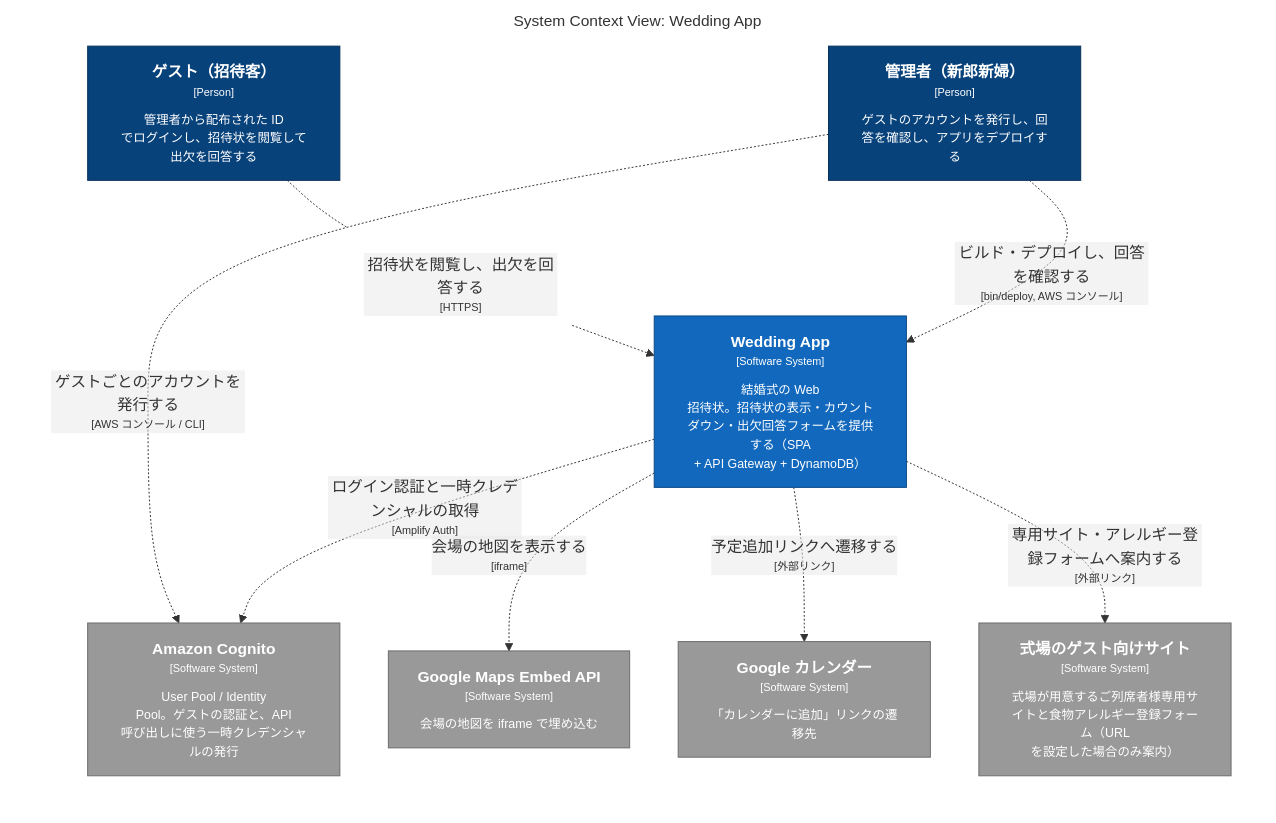
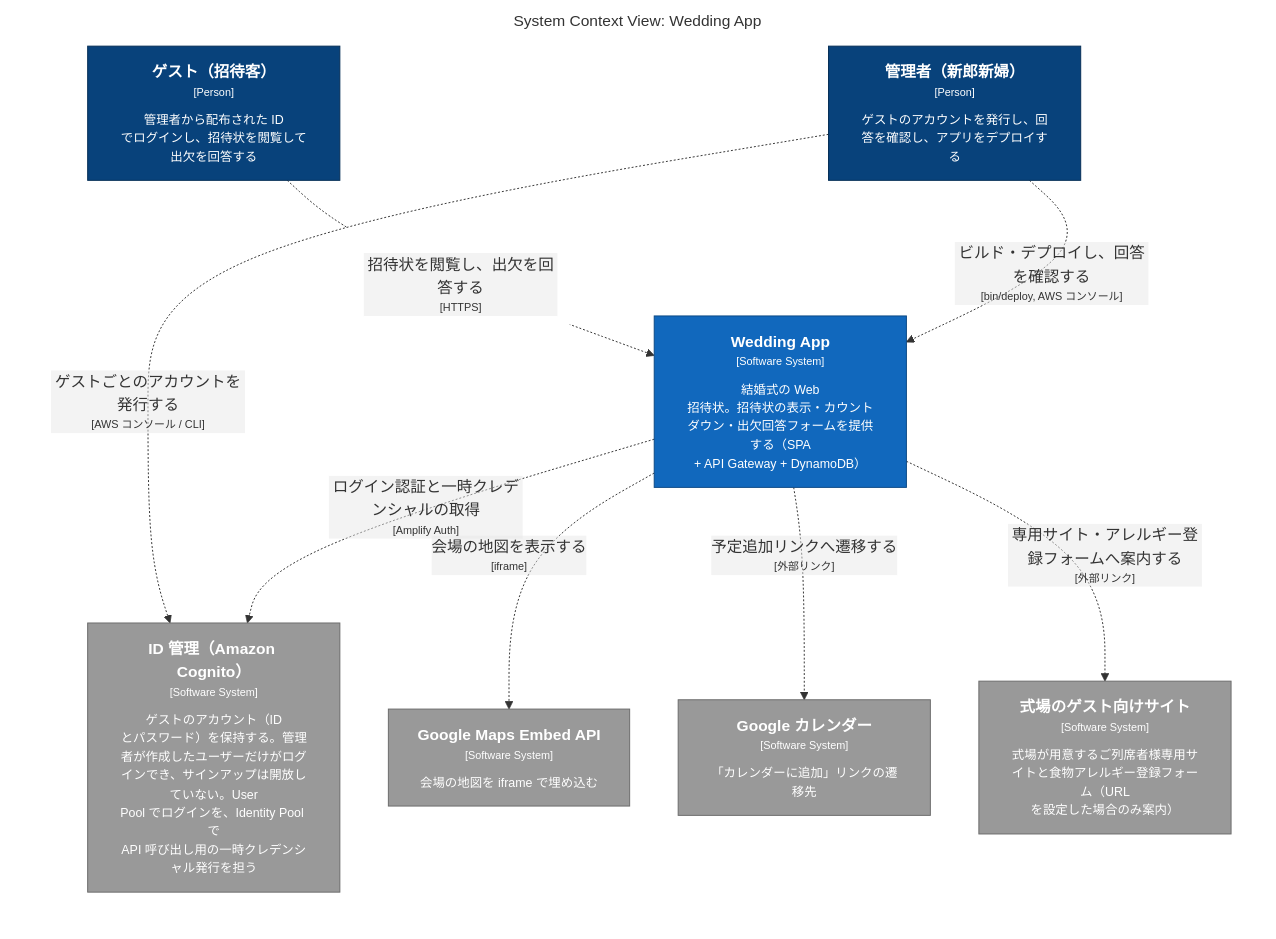
One commit to Yuchan4342/wedding-app changed the diagram in docs/architecture/structurizr-SystemContext.mmd. Above: the diagram before and after it, drawn with Mermaid. The commit also changed 3 other files, not shown here.

First line of the commit message:
Cognito の要素名を「ID 管理（Amazon Cognito）」にする

```diff
--- a/docs/architecture/structurizr-SystemContext.mmd
+++ b/docs/architecture/structurizr-SystemContext.mmd
@@ -1,30 +1,30 @@
 graph LR
   linkStyle default fill:#ffffff
 
   subgraph diagram ["System Context View: Wedding App"]
     style diagram fill:#ffffff,stroke:#ffffff
 
     1["<div style='font-weight: bold'>ゲスト（招待客）</div><div style='font-size: 70%; margin-top: 0px'>[Person]</div><div style='font-size: 80%; margin-top:10px'>管理者から配布された ID<br />でログインし、招待状を閲覧して出欠を回答する</div>"]
     style 1 fill:#08427b,stroke:#052e56,color:#ffffff
     10["<div style='font-weight: bold'>Google Maps Embed API</div><div style='font-size: 70%; margin-top: 0px'>[Software System]</div><div style='font-size: 80%; margin-top:10px'>会場の地図を iframe で埋め込む</div>"]
     style 10 fill:#999999,stroke:#6b6b6b,color:#ffffff
     11["<div style='font-weight: bold'>Google カレンダー</div><div style='font-size: 70%; margin-top: 0px'>[Software System]</div><div style='font-size: 80%; margin-top:10px'>「カレンダーに追加」リンクの遷移先</div>"]
     style 11 fill:#999999,stroke:#6b6b6b,color:#ffffff
     12["<div style='font-weight: bold'>式場のゲスト向けサイト</div><div style='font-size: 70%; margin-top: 0px'>[Software System]</div><div style='font-size: 80%; margin-top:10px'>式場が用意するご列席者様専用サイトと食物アレルギー登録フォーム（URL<br />を設定した場合のみ案内）</div>"]
     style 12 fill:#999999,stroke:#6b6b6b,color:#ffffff
     2["<div style='font-weight: bold'>管理者（新郎新婦）</div><div style='font-size: 70%; margin-top: 0px'>[Person]</div><div style='font-size: 80%; margin-top:10px'>ゲストのアカウントを発行し、回答を確認し、アプリをデプロイする</div>"]
     style 2 fill:#08427b,stroke:#052e56,color:#ffffff
     3["<div style='font-weight: bold'>Wedding App</div><div style='font-size: 70%; margin-top: 0px'>[Software System]</div><div style='font-size: 80%; margin-top:10px'>結婚式の Web<br />招待状。招待状の表示・カウントダウン・出欠回答フォームを提供する（SPA<br />+ API Gateway + DynamoDB）</div>"]
     style 3 fill:#1168bd,stroke:#0b4884,color:#ffffff
-    9["<div style='font-weight: bold'>Amazon Cognito</div><div style='font-size: 70%; margin-top: 0px'>[Software System]</div><div style='font-size: 80%; margin-top:10px'>User Pool / Identity<br />Pool。ゲストの認証と、API<br />呼び出しに使う一時クレデンシャルの発行</div>"]
+    9["<div style='font-weight: bold'>ID 管理（Amazon Cognito）</div><div style='font-size: 70%; margin-top: 0px'>[Software System]</div><div style='font-size: 80%; margin-top:10px'>ゲストのアカウント（ID<br />とパスワード）を保持する。管理者が作成したユーザーだけがログインでき、サインアップは開放していない。User<br />Pool でログインを、Identity Pool で<br />API 呼び出し用の一時クレデンシャル発行を担う</div>"]
     style 9 fill:#999999,stroke:#6b6b6b,color:#ffffff
 
     1-. "<div>招待状を閲覧し、出欠を回答する</div><div style='font-size: 70%'>[HTTPS]</div>" .->3
     2-. "<div>ビルド・デプロイし、回答を確認する</div><div style='font-size: 70%'>[bin/deploy, AWS コンソール]</div>" .->3
     2-. "<div>ゲストごとのアカウントを発行する</div><div style='font-size: 70%'>[AWS コンソール / CLI]</div>" .->9
     3-. "<div>ログイン認証と一時クレデンシャルの取得</div><div style='font-size: 70%'>[Amplify Auth]</div>" .->9
     3-. "<div>会場の地図を表示する</div><div style='font-size: 70%'>[iframe]</div>" .->10
     3-. "<div>予定追加リンクへ遷移する</div><div style='font-size: 70%'>[外部リンク]</div>" .->11
     3-. "<div>専用サイト・アレルギー登録フォームへ案内する</div><div style='font-size: 70%'>[外部リンク]</div>" .->12
 
   end
```
